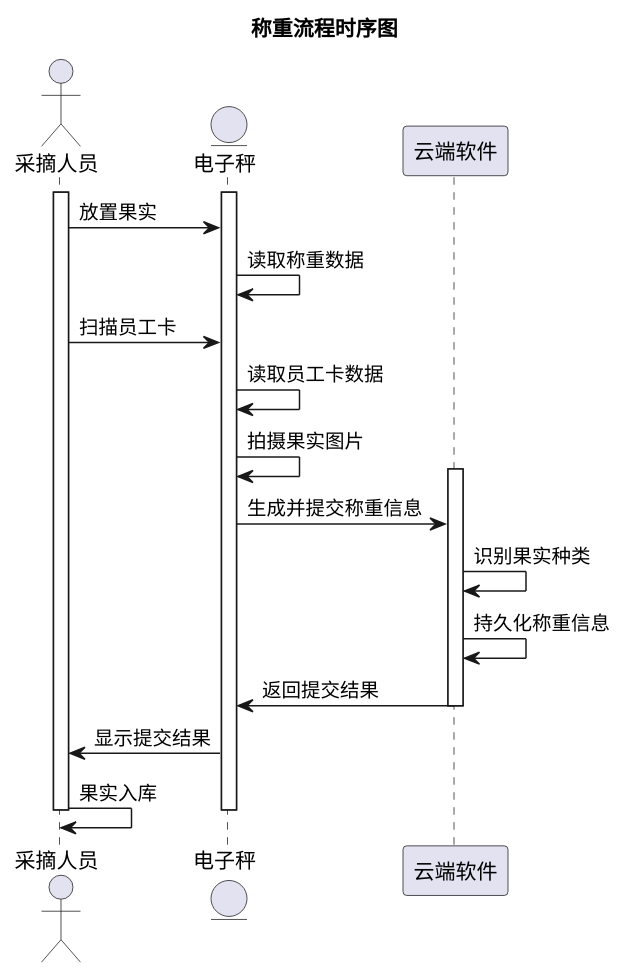
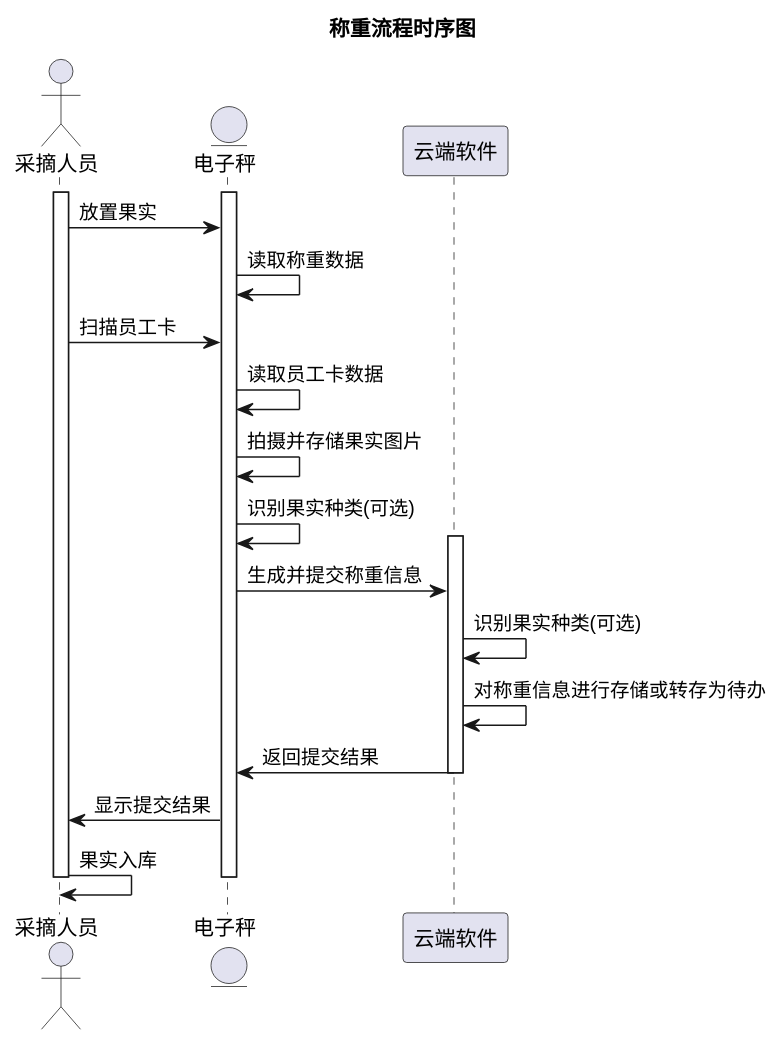
Before and after one commit to akynazh/aws: the diagram in design/称重流程时序图.puml, drawn with PlantUML. The commit also changed 14 other files, not shown here.

```diff
--- a/design/称重流程时序图.puml
+++ b/design/称重流程时序图.puml
@@ -1,25 +1,26 @@
 @startuml 称重流程时序图
 title 称重流程时序图
 
 actor 采摘人员 as staff
 entity 电子秤 as scale
 participant 云端软件 as server
 
 activate staff
 activate scale
 staff->scale: 放置果实
 scale->scale: 读取称重数据
 staff->scale: 扫描员工卡
 scale->scale: 读取员工卡数据
-scale->scale: 拍摄果实图片
+scale->scale: 拍摄并存储果实图片
+scale->scale: 识别果实种类(可选)
 activate server
 scale->server: 生成并提交称重信息
-server->server: 识别果实种类
-server->server: 持久化称重信息
+server->server: 识别果实种类(可选)
+server->server: 对称重信息进行存储或转存为待办
 server->scale: 返回提交结果
 deactivate server
 scale->staff: 显示提交结果
 staff->staff: 果实入库
 deactivate scale
 deactivate staff
 @enduml
```
